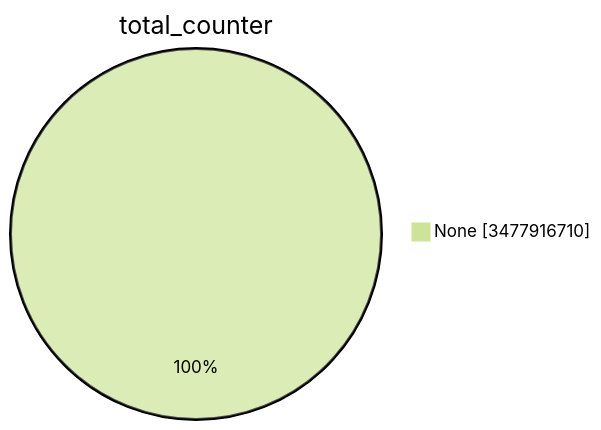
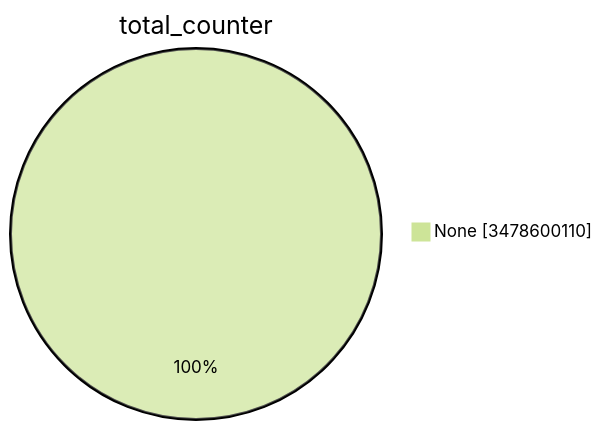
The first of 15 diagrams in TOTAL/README.md (christiankrug/ctmonitor_visualization), drawn with Mermaid (forest theme) before and after one commit. The commit also changed other lines of this file, not shown here.

````diff
--- a/TOTAL/README.md
+++ b/TOTAL/README.md
@@ -1,5 +1,5 @@
 ```mermaid
 pie showData
 title total_counter
-"None" :3477916710
+"None" :3478600110
 ```
````
